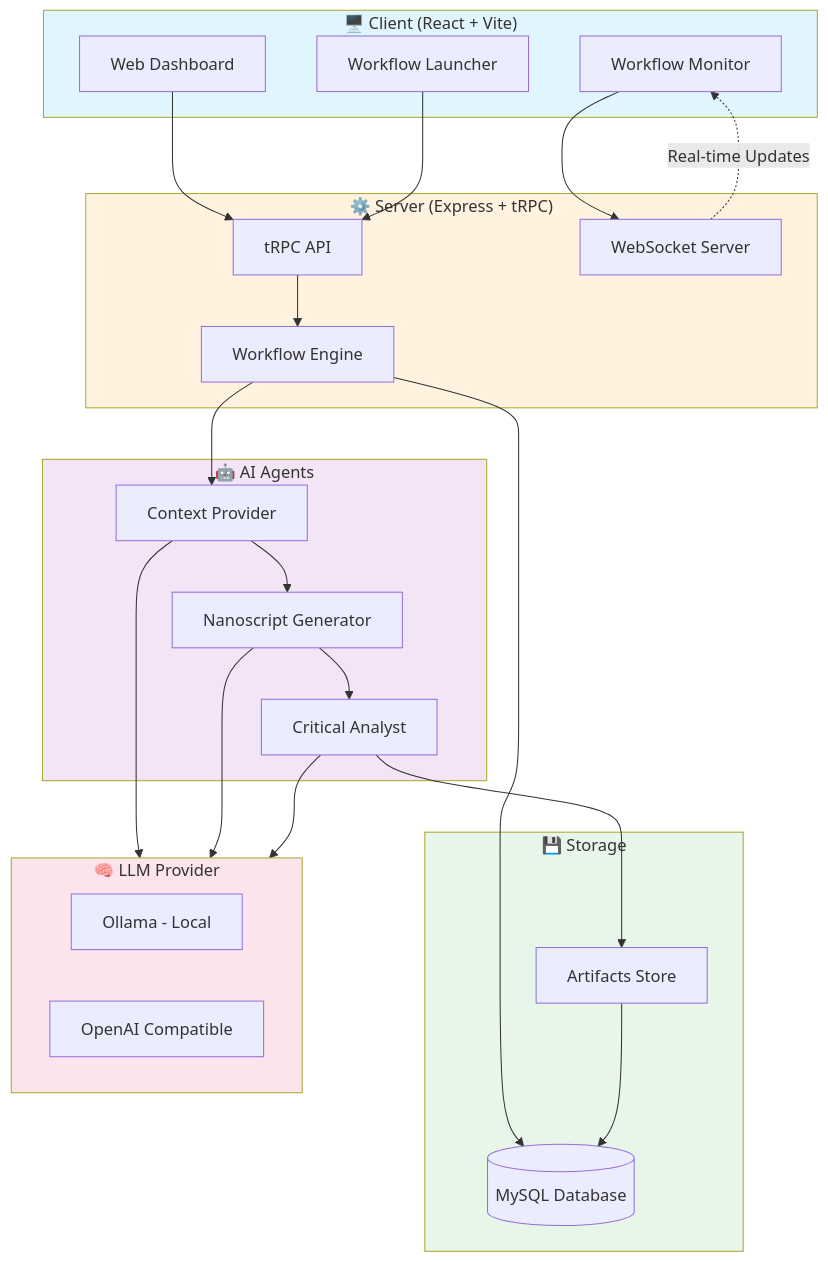
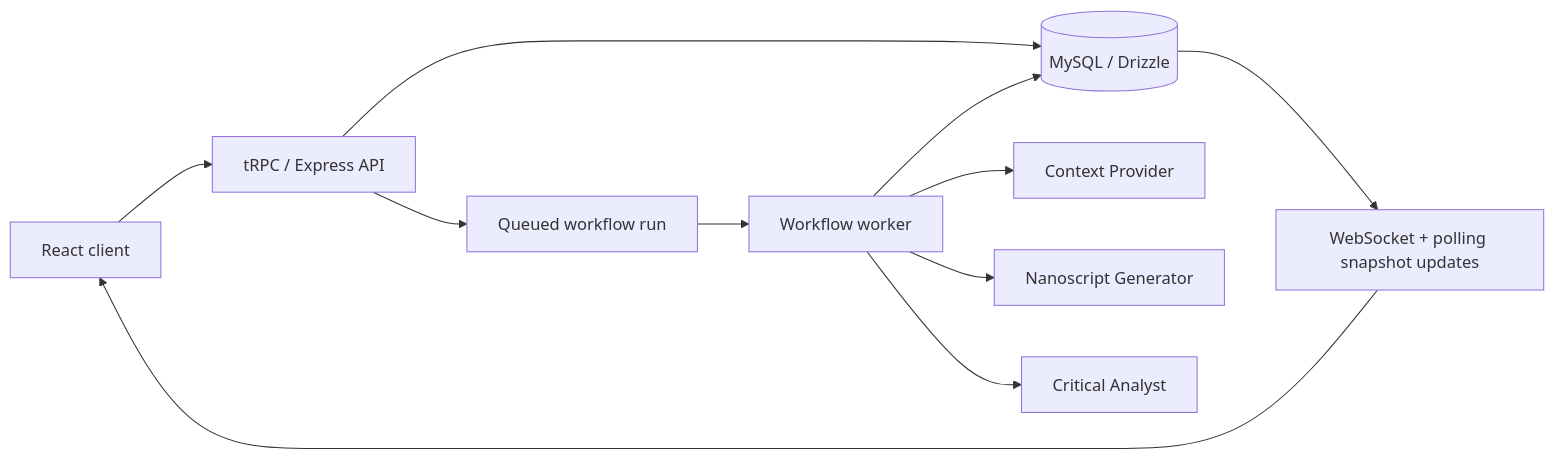
Before and after one commit to ggligor1967/multi-agent-workflow: the diagram in README.md, drawn with Mermaid. The commit also changed other lines of this file and 47 other files, not shown here.

````diff
--- a/README.md
+++ b/README.md
@@ -29,54 +24,13 @@
 ```mermaid
-flowchart TB
-    subgraph Client["🖥️ Client (React + Vite)"]
-        UI[Web Dashboard]
-        WL[Workflow Launcher]
-        WM[Workflow Monitor]
-    end
-
-    subgraph Server["⚙️ Server (Express + tRPC)"]
-        API[tRPC API]
-        WE[Workflow Engine]
-        WS[WebSocket Server]
-    end
-
-    subgraph Agents["🤖 AI Agents"]
-        CP[Context Provider]
-        NG[Nanoscript Generator]
-        CA[Critical Analyst]
-    end
-
-    subgraph Storage["💾 Storage"]
-        DB[(MySQL Database)]
-        ART[Artifacts Store]
-    end
-
-    subgraph LLM["🧠 LLM Provider"]
-        OL[Ollama - Local]
-        OA[OpenAI Compatible]
-    end
-
-    UI --> API
-    WL --> API
-    WM --> WS
-
-    API --> WE
-    WE --> CP
-    CP --> NG
-    NG --> CA
-    CA --> ART
-
-    CP --> LLM
-    NG --> LLM
-    CA --> LLM
-
-    WE --> DB
-    ART --> DB
-    WS -.->|Real-time Updates| WM
-
-    style Client fill:#e1f5fe
-    style Server fill:#fff3e0
-    style Agents fill:#f3e5f5
-    style Storage fill:#e8f5e9
-    style LLM fill:#fce4ec
+flowchart LR
+    UI[React client] --> API[tRPC / Express API]
+    API --> DB[(MySQL / Drizzle)]
+    API --> QUEUE[Queued workflow run]
+    QUEUE --> WORKER[Workflow worker]
+    WORKER --> CP[Context Provider]
+    WORKER --> NG[Nanoscript Generator]
+    WORKER --> CA[Critical Analyst]
+    WORKER --> DB
+    DB --> WS[WebSocket + polling snapshot updates]
+    WS --> UI
 ```
````
